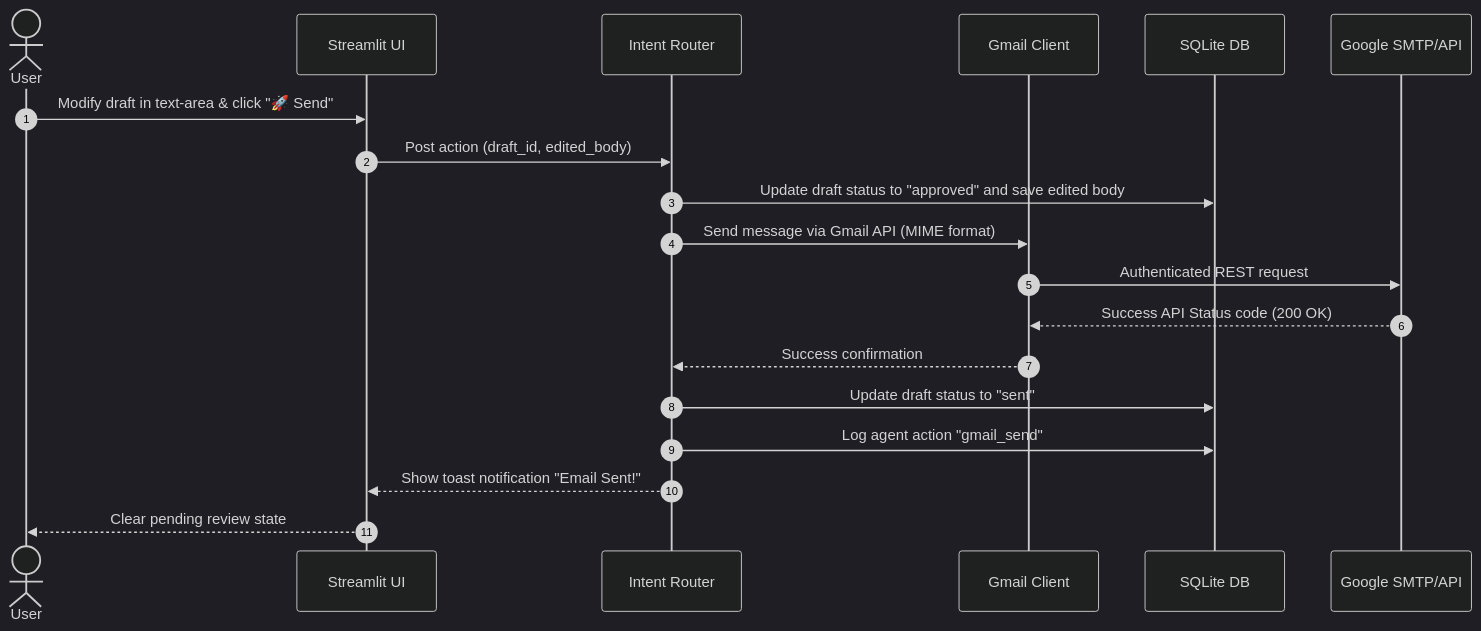
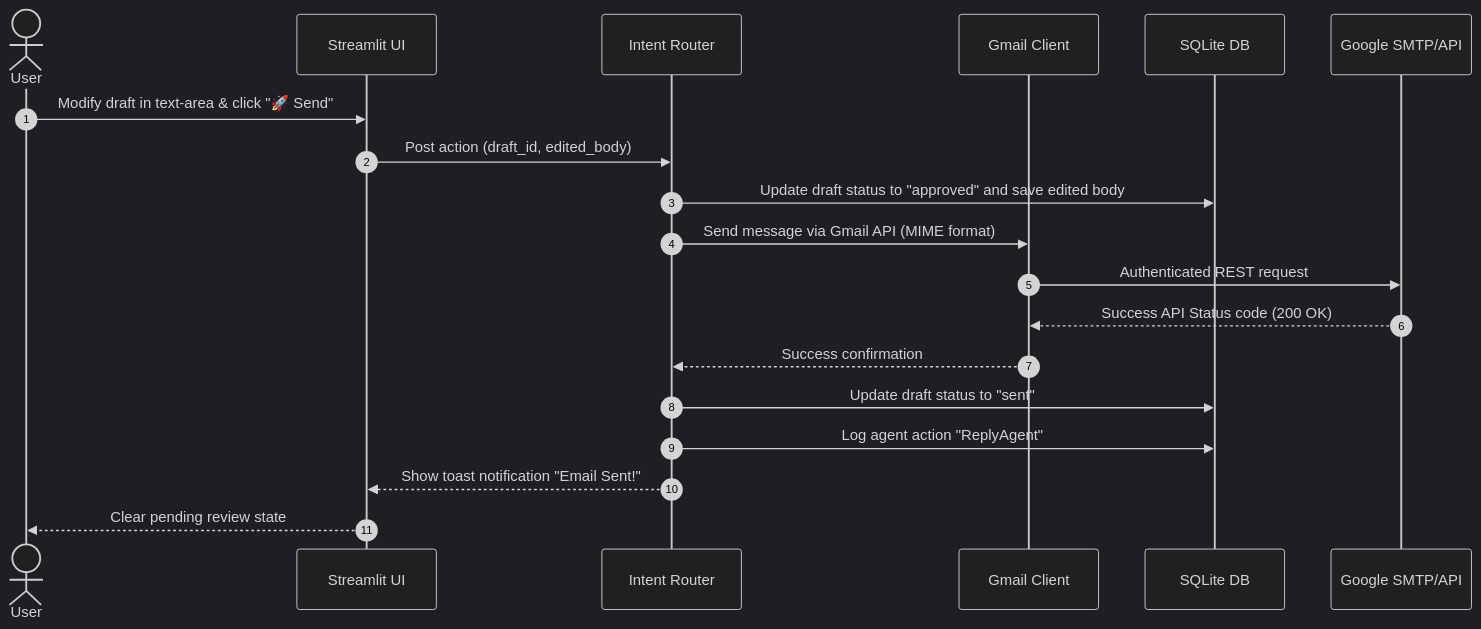
One commit to bittush8789/ai-inbox-copilot changed the fifth of 6 diagrams in README.md. Above: the diagram before and after it, drawn with Mermaid (dark theme). The commit also changed other lines of this file, not shown here.

````diff
--- a/README.md
+++ b/README.md
@@ -390,22 +293,22 @@
 ```mermaid
 sequenceDiagram
     autonumber
     actor User
     participant UI as Streamlit UI
     participant Route as Intent Router
     participant Gmail as Gmail Client
     participant DB as SQLite DB
     participant Google as Google SMTP/API
 
     User->>UI: Modify draft in text-area & click "🚀 Send"
     UI->>Route: Post action (draft_id, edited_body)
     Route->>DB: Update draft status to "approved" and save edited body
     Route->>Gmail: Send message via Gmail API (MIME format)
     Gmail->>Google: Authenticated REST request
     Google-->>Gmail: Success API Status code (200 OK)
     Gmail-->>Route: Success confirmation
     Route->>DB: Update draft status to "sent"
-    Route->>DB: Log agent action "gmail_send"
+    Route->>DB: Log agent action "ReplyAgent"
     Route-->>UI: Show toast notification "Email Sent!"
     UI-->>User: Clear pending review state
 ```
````
